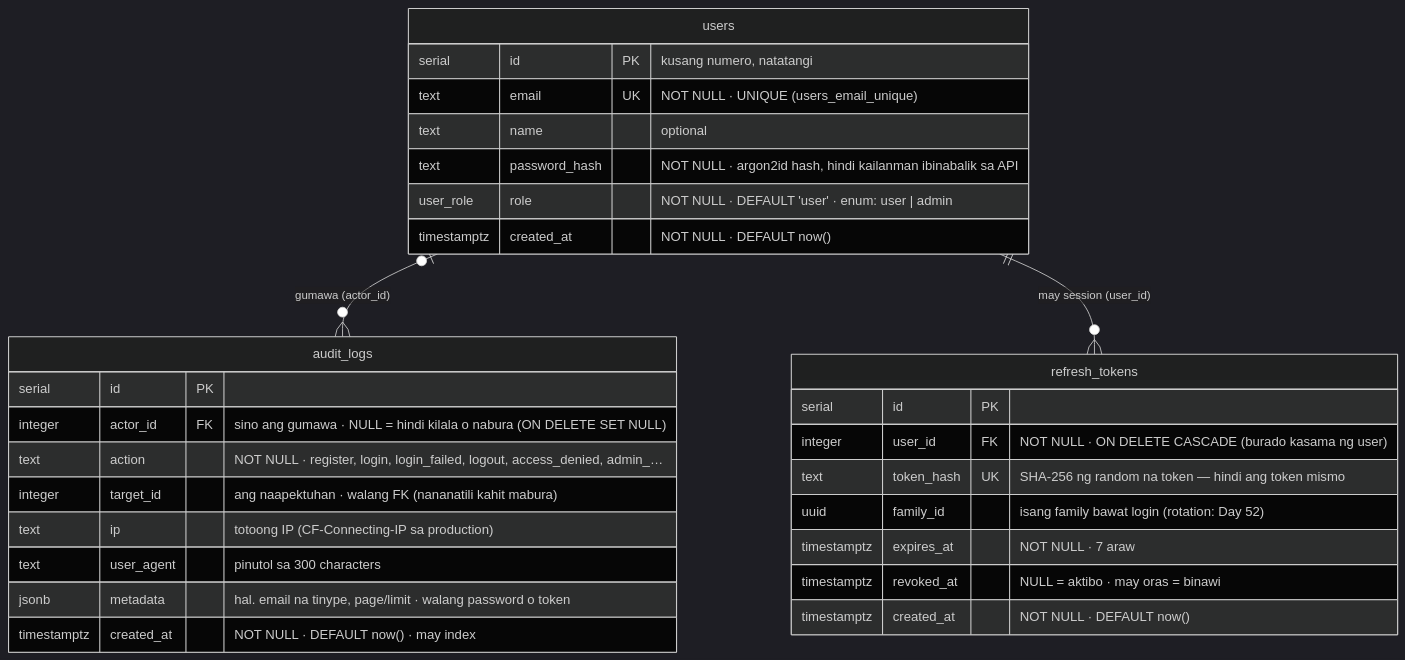
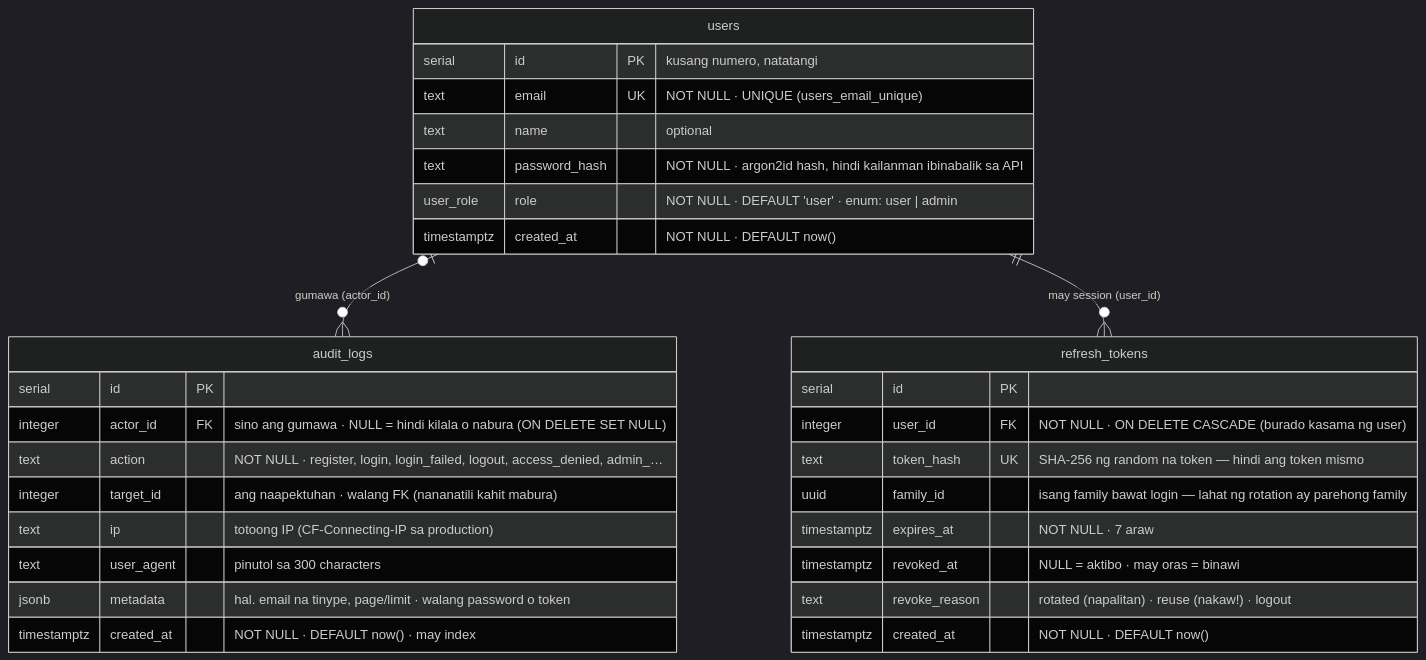
One commit to nelson1869-ai/auth-learning changed the first of 2 diagrams in docs/diagrams/02-er-diagram.md. Above: the diagram before and after it, drawn with Mermaid (dark theme). The commit also changed other lines of this file and 15 other files, not shown here.

````diff
--- a/docs/diagrams/02-er-diagram.md
+++ b/docs/diagrams/02-er-diagram.md
@@ -13,32 +13,33 @@
 ```mermaid
 erDiagram
     users {
         serial id PK "kusang numero, natatangi"
         text email UK "NOT NULL · UNIQUE (users_email_unique)"
         text name "optional"
         text password_hash "NOT NULL · argon2id hash, hindi kailanman ibinabalik sa API"
         user_role role "NOT NULL · DEFAULT 'user' · enum: user | admin"
         timestamptz created_at "NOT NULL · DEFAULT now()"
     }
     audit_logs {
         serial id PK
         integer actor_id FK "sino ang gumawa · NULL = hindi kilala o nabura (ON DELETE SET NULL)"
         text action "NOT NULL · register, login, login_failed, logout, access_denied, admin_…"
         integer target_id "ang naapektuhan · walang FK (nananatili kahit mabura)"
         text ip "totoong IP (CF-Connecting-IP sa production)"
         text user_agent "pinutol sa 300 characters"
         jsonb metadata "hal. email na tinype, page/limit · walang password o token"
         timestamptz created_at "NOT NULL · DEFAULT now() · may index"
     }
     refresh_tokens {
         serial id PK
         integer user_id FK "NOT NULL · ON DELETE CASCADE (burado kasama ng user)"
         text token_hash UK "SHA-256 ng random na token — hindi ang token mismo"
-        uuid family_id "isang family bawat login (rotation: Day 52)"
+        uuid family_id "isang family bawat login — lahat ng rotation ay parehong family"
         timestamptz expires_at "NOT NULL · 7 araw"
         timestamptz revoked_at "NULL = aktibo · may oras = binawi"
+        text revoke_reason "rotated (napalitan) · reuse (nakaw!) · logout"
         timestamptz created_at "NOT NULL · DEFAULT now()"
     }
     users |o--o{ audit_logs : "gumawa (actor_id)"
     users ||--o{ refresh_tokens : "may session (user_id)"
 ```
````
